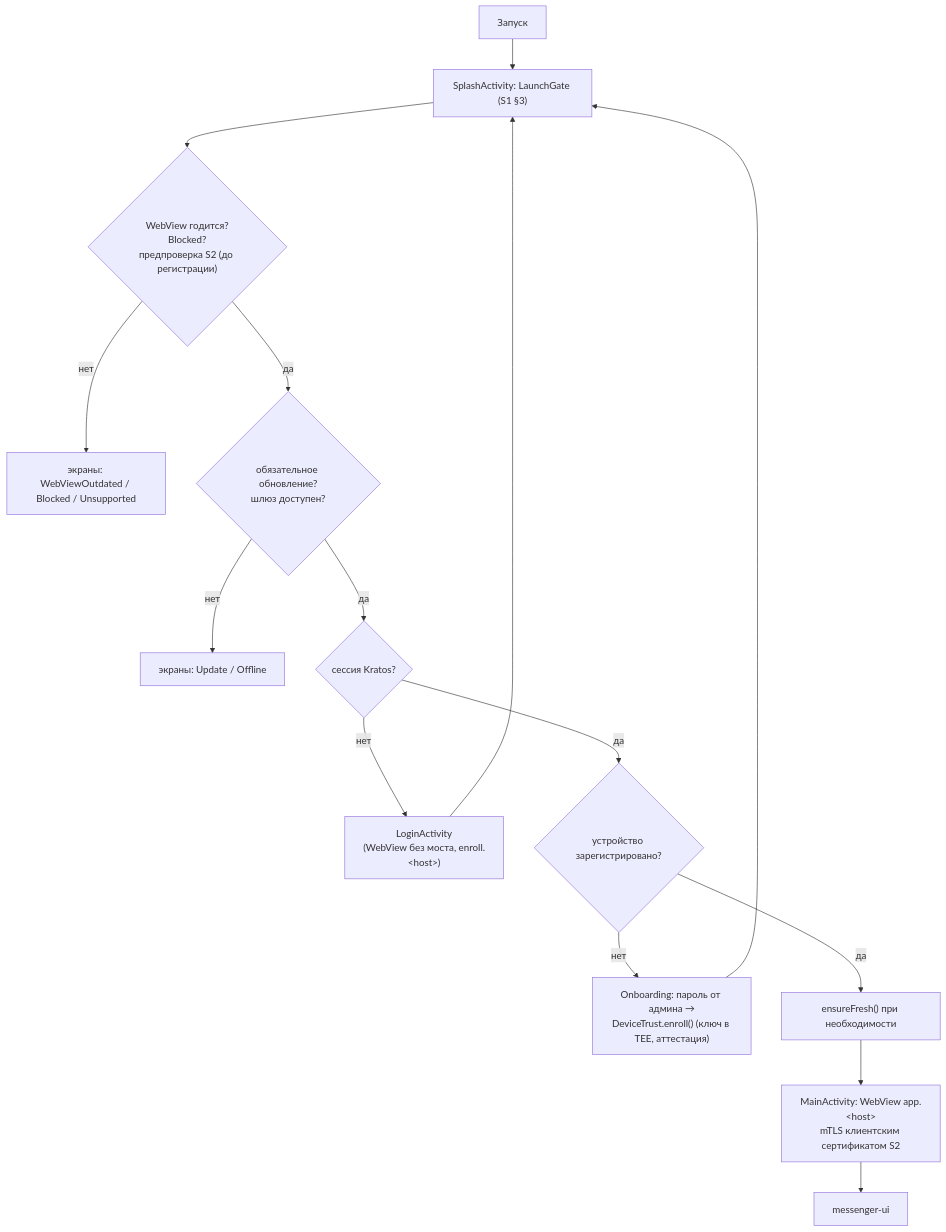
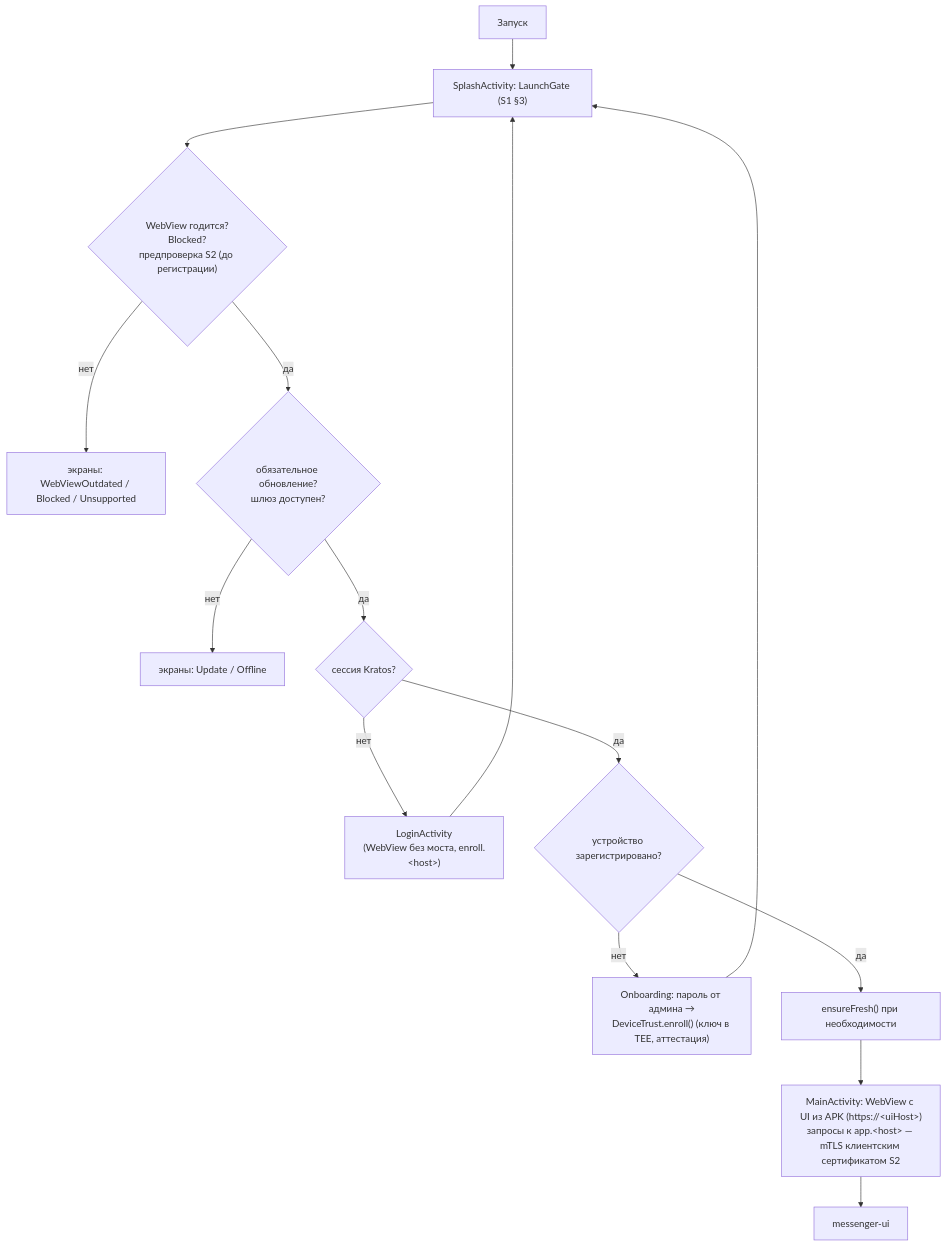
One commit to android-messenger/wolp-android changed the first of 2 diagrams in README.md. Above: the diagram before and after it, drawn with Mermaid. The commit also changed other lines of this file and 1 other file, not shown here.

````diff
--- a/README.md
+++ b/README.md
@@ -47,17 +51,17 @@
 ```mermaid
 flowchart TD
   A[Запуск] --> B["SplashActivity: LaunchGate (S1 §3)"]
   B --> C{"WebView годится?<br/>Blocked?<br/>предпроверка S2 (до регистрации)"}
   C -- нет --> X["экраны: WebViewOutdated / Blocked / Unsupported"]
   C -- да --> D{"обязательное обновление?<br/>шлюз доступен?"}
   D -- нет --> Y["экраны: Update / Offline"]
   D -- да --> E{"сессия Kratos?"}
   E -- нет --> L["LoginActivity<br/>(WebView без моста, enroll.#lt;host#gt;)"]
   L --> B
   E -- да --> F{"устройство зарегистрировано?"}
   F -- нет --> O["Onboarding: пароль от админа →<br/>DeviceTrust.enroll() (ключ в TEE, аттестация)"]
   O --> B
   F -- да --> G["ensureFresh() при необходимости"]
-  G --> M["MainActivity: WebView app.#lt;host#gt;<br/>mTLS клиентским сертификатом S2"]
+  G --> M["MainActivity: WebView с UI из APK (https://#lt;uiHost#gt;)<br/>запросы к app.#lt;host#gt; — mTLS клиентским сертификатом S2"]
   M --> W["messenger-ui"]
 ```
````
